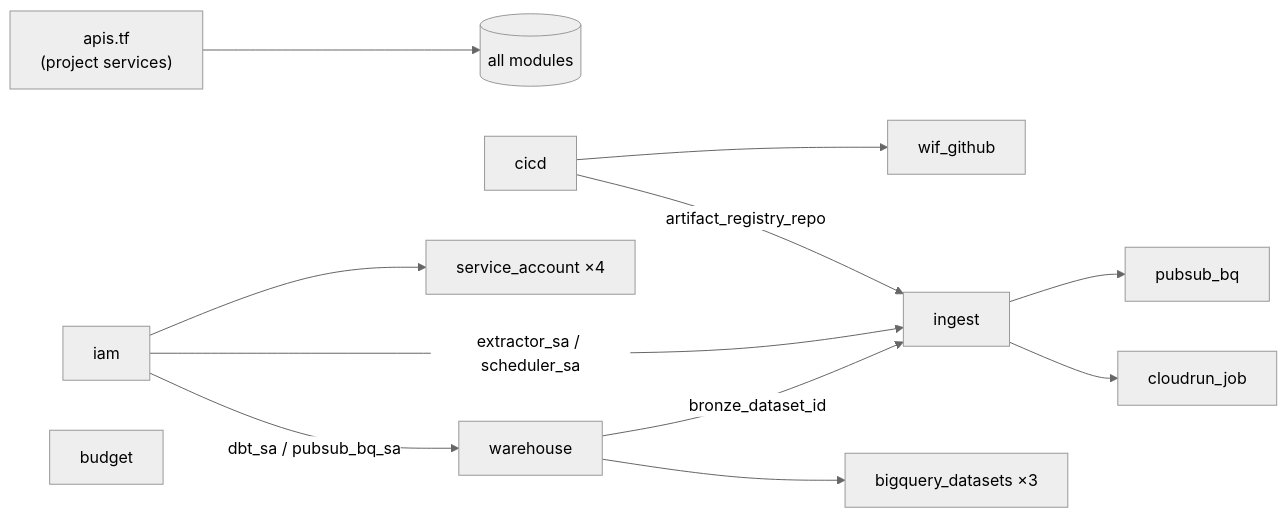
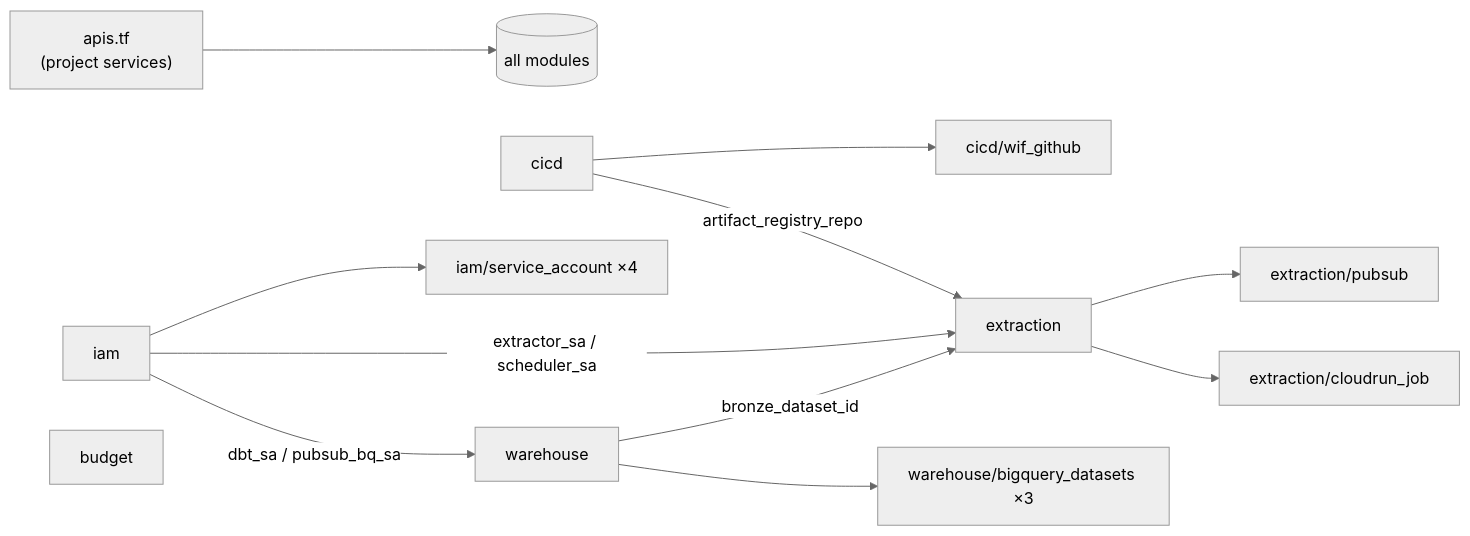
The second of 4 diagrams in README.md (RobertGleison/gcp-demo-pipeline), drawn with Mermaid (neutral theme) before and after one commit. The commit also changed other lines of this file, not shown here.

````diff
--- a/README.md
+++ b/README.md
@@ -151,14 +160,14 @@
 ```mermaid
 flowchart LR
     APIS["apis.tf<br/>(project services)"] --> ALL[(all modules)]
-    CICD[cicd] --> WIF[wif_github]
-    IAM[iam] --> SA[service_account ×4]
-    CICD -- artifact_registry_repo --> INGEST[ingest]
-    IAM -- extractor_sa / scheduler_sa --> INGEST
+    CICD[cicd] --> WIF["cicd/wif_github"]
+    IAM[iam] --> SA["iam/service_account ×4"]
+    CICD -- artifact_registry_repo --> EXTRACTION[extraction]
+    IAM -- extractor_sa / scheduler_sa --> EXTRACTION
     IAM -- dbt_sa / pubsub_bq_sa --> WH[warehouse]
-    WH -- bronze_dataset_id --> INGEST
-    INGEST --> PUBSUB[pubsub_bq]
-    INGEST --> CRJ[cloudrun_job]
-    WH --> BQDS[bigquery_datasets ×3]
+    WH -- bronze_dataset_id --> EXTRACTION
+    EXTRACTION --> PUBSUB["extraction/pubsub"]
+    EXTRACTION --> CRJ["extraction/cloudrun_job"]
+    WH --> BQDS["warehouse/bigquery_datasets ×3"]
     BUDGET[budget]
 ```
````
